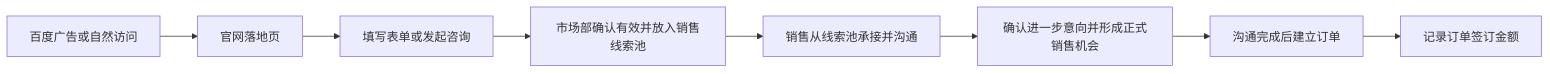
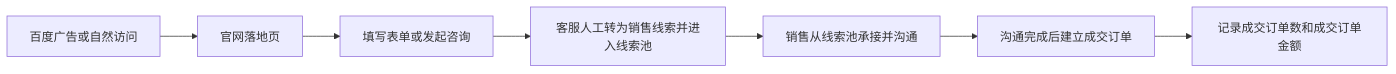
One commit to OrionJ0/ai-geo-monitoring changed the diagram in README.md. Above: the diagram before and after it, drawn with Mermaid. The commit also changed other lines of this file and 55 other files, not shown here.

````diff
--- a/README.md
+++ b/README.md
@@ -20,10 +20,9 @@
 ```mermaid
 flowchart LR
     A[百度广告或自然访问] --> B[官网落地页]
     B --> C[填写表单或发起咨询]
-    C --> D[市场部确认有效并放入销售线索池]
+    C --> D[客服人工转为销售线索并进入线索池]
     D --> E[销售从线索池承接并沟通]
-    E --> F[确认进一步意向并形成正式销售机会]
-    F --> G[沟通完成后建立订单]
-    G --> H[记录订单签订金额]
+    E --> F[沟通完成后建立成交订单]
+    F --> G[记录成交订单数和成交订单金额]
 ```
````
